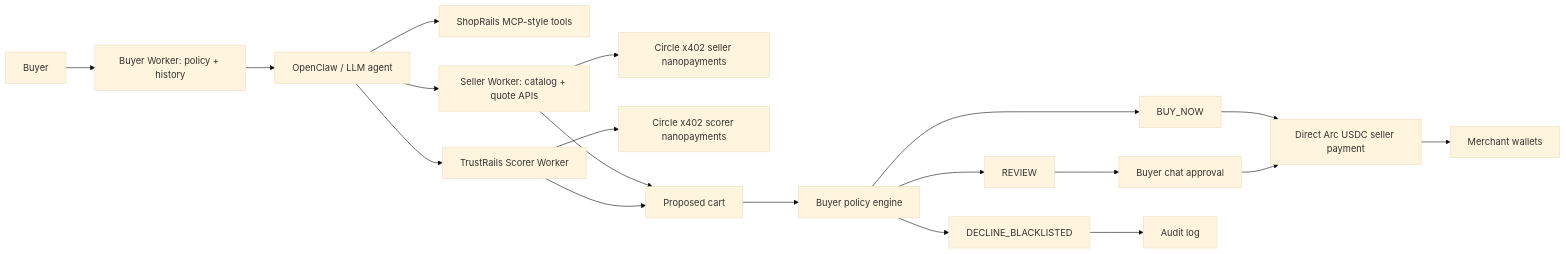
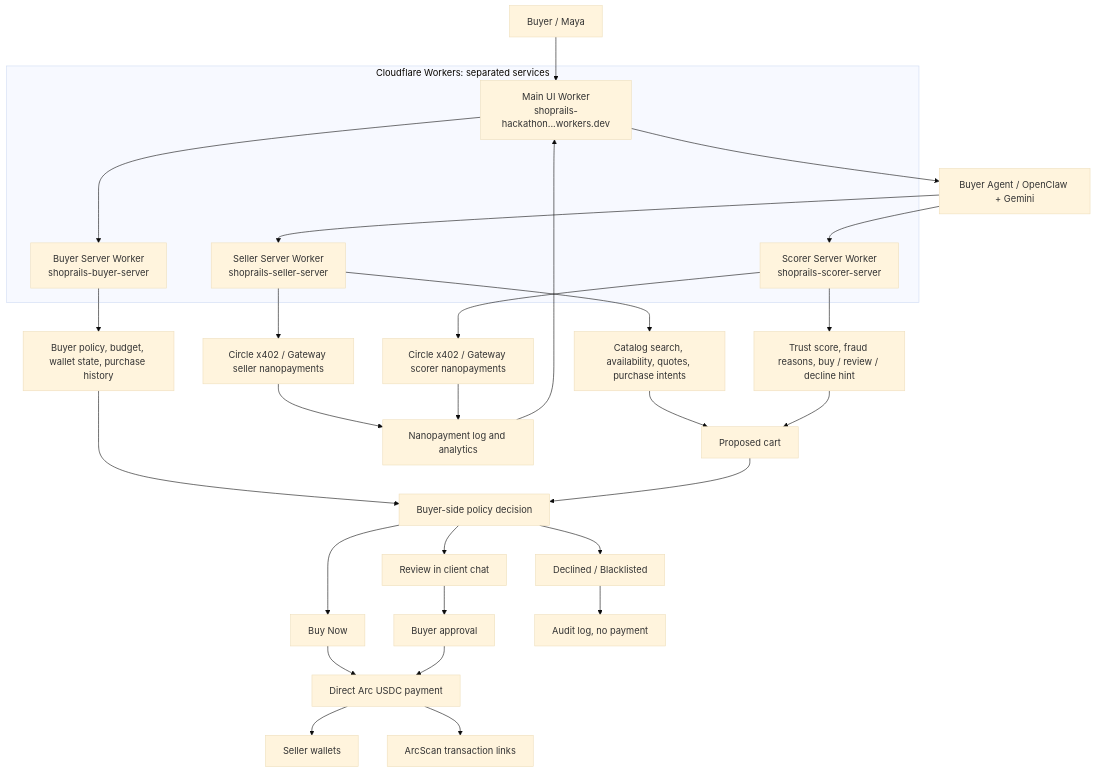
Before and after one commit to kirilligum/shoprails-hackathon-Agentic-Economy-on-Arc-2026-04: the diagram in README.md, drawn with Mermaid (base theme).

Commit message:
Update README distributed worker diagram

````diff
--- a/README.md
+++ b/README.md
@@ -59,21 +59,42 @@
 ```mermaid
-flowchart LR
-  Buyer["Buyer"] --> BuyerServer["Buyer Worker: policy + history"]
-  BuyerServer --> Agent["OpenClaw / LLM agent"]
-  Agent --> Tools["ShopRails MCP-style tools"]
-  Agent --> SellerWorker["Seller Worker: catalog + quote APIs"]
-  SellerWorker --> X402Seller["Circle x402 seller nanopayments"]
-  Agent --> ScorerWorker["TrustRails Scorer Worker"]
-  ScorerWorker --> X402Score["Circle x402 scorer nanopayments"]
-  SellerWorker --> Cart["Proposed cart"]
-  ScorerWorker --> Cart
-  Cart --> Policy["Buyer policy engine"]
-  Policy --> BuyNow["BUY_NOW"]
-  Policy --> Review["REVIEW"]
-  Policy --> Decline["DECLINE_BLACKLISTED"]
-  Review --> Approval["Buyer chat approval"]
-  BuyNow --> ArcPay["Direct Arc USDC seller payment"]
+flowchart TD
+  Buyer["Buyer / Maya"] --> UI["Main UI Worker<br/>shoprails-hackathon...workers.dev"]
+
+  subgraph CF["Cloudflare Workers: separated services"]
+    UI
+    BuyerW["Buyer Server Worker<br/>shoprails-buyer-server"]
+    SellerW["Seller Server Worker<br/>shoprails-seller-server"]
+    ScorerW["Scorer Server Worker<br/>shoprails-scorer-server"]
+  end
+
+  UI --> BuyerW
+  BuyerW --> PolicyData["Buyer policy, budget, wallet state, purchase history"]
+  UI --> Agent["Buyer Agent / OpenClaw + Gemini"]
+
+  Agent --> SellerW
+  SellerW --> SellerAPIs["Catalog search, availability, quotes, purchase intents"]
+  SellerAPIs --> Cart["Proposed cart"]
+
+  Agent --> ScorerW
+  ScorerW --> Score["Trust score, fraud reasons, buy / review / decline hint"]
+  Score --> Cart
+
+  SellerW --> SellerNano["Circle x402 / Gateway seller nanopayments"]
+  ScorerW --> ScorerNano["Circle x402 / Gateway scorer nanopayments"]
+  SellerNano --> NanoLog["Nanopayment log and analytics"]
+  ScorerNano --> NanoLog
+  NanoLog --> UI
+
+  PolicyData --> Decision["Buyer-side policy decision"]
+  Cart --> Decision
+  Decision --> BuyNow["Buy Now"]
+  Decision --> Review["Review in client chat"]
+  Decision --> Block["Declined / Blacklisted"]
+
+  Review --> Approval["Buyer approval"]
+  BuyNow --> ArcPay["Direct Arc USDC payment"]
   Approval --> ArcPay
-  ArcPay --> Sellers["Merchant wallets"]
-  Decline --> Audit["Audit log"]
+  ArcPay --> SellerWallets["Seller wallets"]
+  ArcPay --> ArcProof["ArcScan transaction links"]
+  Block --> Audit["Audit log, no payment"]
 ```
````
